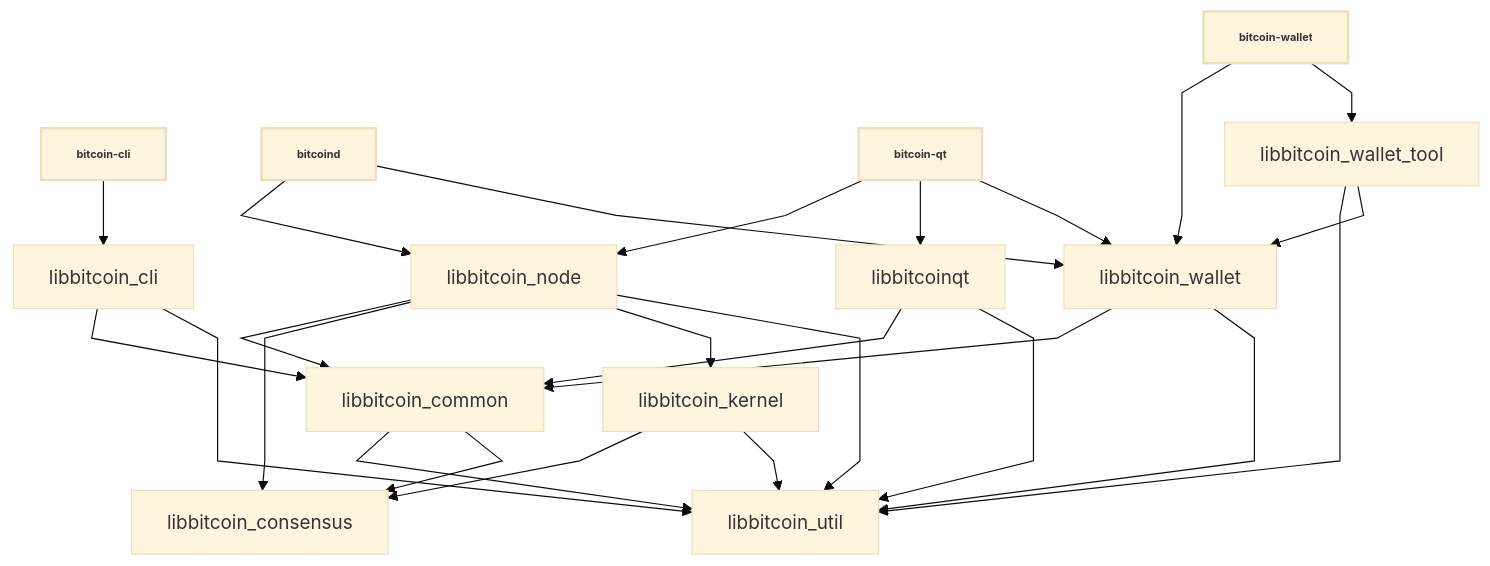
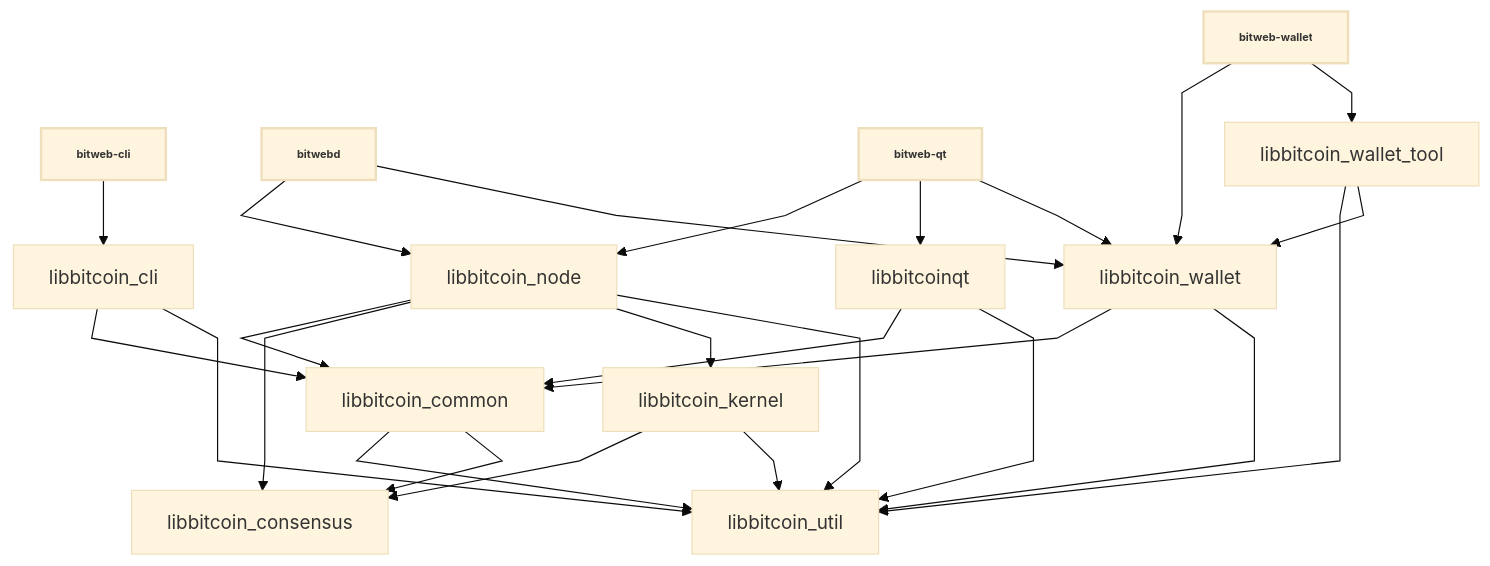
One commit to bitweb-project/bitweb changed the diagram in doc/design/libraries.md. Above: the diagram before and after it, drawn with Mermaid (base theme). The commit also changed other lines of this file and 369 other files, not shown here.

````diff
--- a/doc/design/libraries.md
+++ b/doc/design/libraries.md
@@ -36,44 +36,44 @@
 ```mermaid
 
 %%{ init : { "flowchart" : { "curve" : "linear" }}}%%
 
 graph TD;
 
-bitcoin-cli[bitcoin-cli]-->libbitcoin_cli;
+bitweb-cli[bitweb-cli]-->libbitcoin_cli;
 
-bitcoind[bitcoind]-->libbitcoin_node;
-bitcoind[bitcoind]-->libbitcoin_wallet;
+bitwebd[bitwebd]-->libbitcoin_node;
+bitwebd[bitwebd]-->libbitcoin_wallet;
 
-bitcoin-qt[bitcoin-qt]-->libbitcoin_node;
-bitcoin-qt[bitcoin-qt]-->libbitcoinqt;
-bitcoin-qt[bitcoin-qt]-->libbitcoin_wallet;
+bitweb-qt[bitweb-qt]-->libbitcoin_node;
+bitweb-qt[bitweb-qt]-->libbitcoinqt;
+bitweb-qt[bitweb-qt]-->libbitcoin_wallet;
 
-bitcoin-wallet[bitcoin-wallet]-->libbitcoin_wallet;
-bitcoin-wallet[bitcoin-wallet]-->libbitcoin_wallet_tool;
+bitweb-wallet[bitweb-wallet]-->libbitcoin_wallet;
+bitweb-wallet[bitweb-wallet]-->libbitcoin_wallet_tool;
 
 libbitcoin_cli-->libbitcoin_common;
 libbitcoin_cli-->libbitcoin_util;
 
 libbitcoin_common-->libbitcoin_util;
 libbitcoin_common-->libbitcoin_consensus;
 
 libbitcoin_kernel-->libbitcoin_consensus;
 libbitcoin_kernel-->libbitcoin_util;
 
 libbitcoin_node-->libbitcoin_common;
 libbitcoin_node-->libbitcoin_consensus;
 libbitcoin_node-->libbitcoin_kernel;
 libbitcoin_node-->libbitcoin_util;
 
 libbitcoinqt-->libbitcoin_common;
 libbitcoinqt-->libbitcoin_util;
 
 libbitcoin_wallet-->libbitcoin_common;
 libbitcoin_wallet-->libbitcoin_util;
 
 libbitcoin_wallet_tool-->libbitcoin_util;
 libbitcoin_wallet_tool-->libbitcoin_wallet;
 
 classDef bold stroke-width:2px, font-weight:bold, font-size: smaller;
-class bitcoin-qt,bitcoind,bitcoin-cli,bitcoin-wallet bold
+class bitweb-qt,bitwebd,bitweb-cli,bitweb-wallet bold
 ```
````
